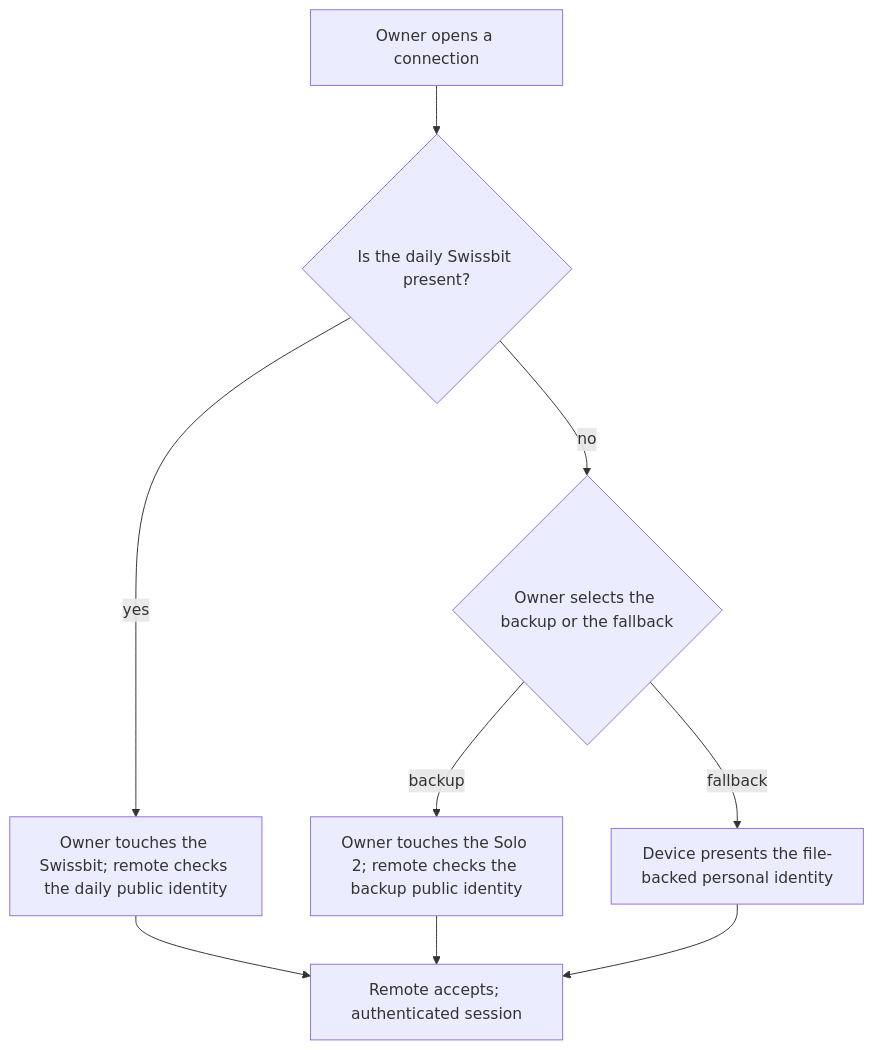
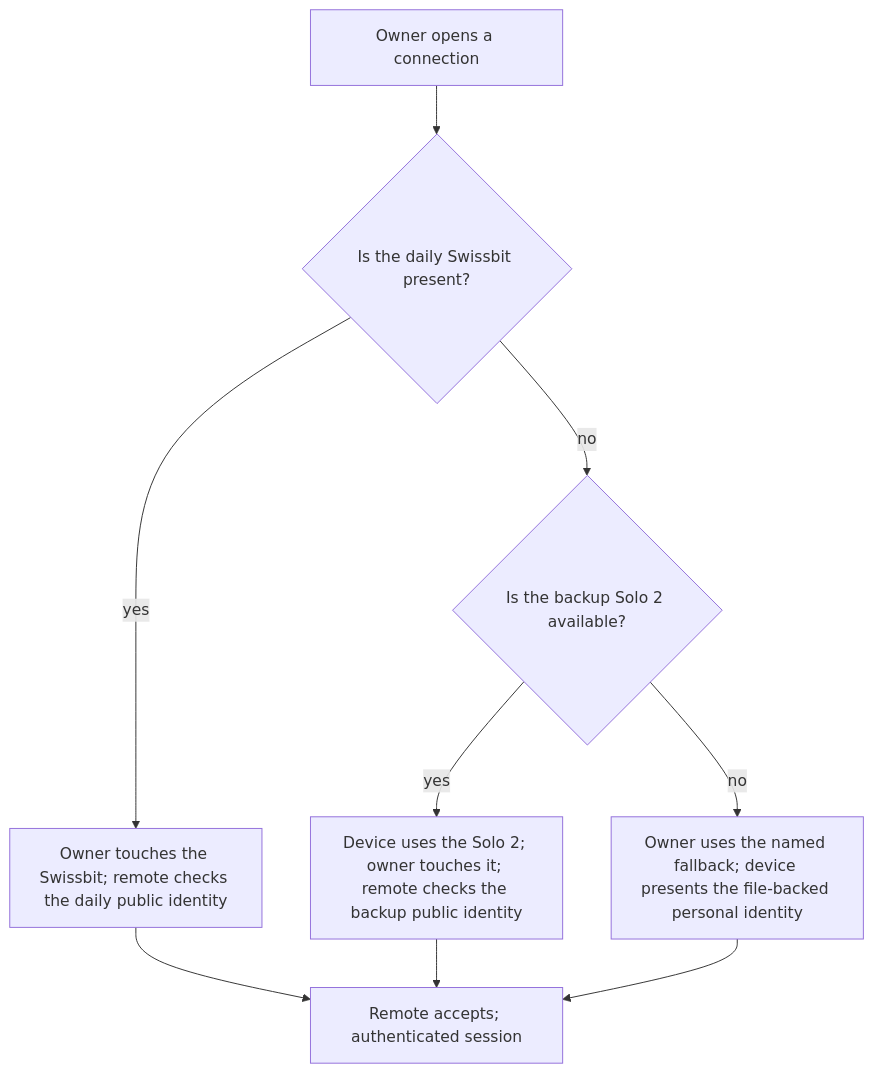
Before and after one commit to kressnerd/nix-config: the diagram in docs/ideation/secure-token-keys.md, drawn with Mermaid. The commit also changed other lines of this file and 19 other files, not shown here.

First line of the commit message:
docs(security-key-remote-identity): record the change plan and first-stage scope

````diff
--- a/docs/ideation/secure-token-keys.md
+++ b/docs/ideation/secure-token-keys.md
@@ -28,11 +28,11 @@
 ```mermaid
 flowchart TD
   O["Owner opens a connection"] --> P{"Is the daily Swissbit present?"}
   P -->|yes| D["Owner touches the Swissbit; remote checks the daily public identity"]
-  P -->|no| Q{"Owner selects the backup or the fallback"}
-  Q -->|backup| B["Owner touches the Solo 2; remote checks the backup public identity"]
-  Q -->|fallback| F["Device presents the file-backed personal identity"]
+  P -->|no| Q{"Is the backup Solo 2 available?"}
+  Q -->|yes| B["Device uses the Solo 2; owner touches it; remote checks the backup public identity"]
+  Q -->|no| F["Owner uses the named fallback; device presents the file-backed personal identity"]
   D --> S["Remote accepts; authenticated session"]
   B --> S
   F --> S
 ```
````
